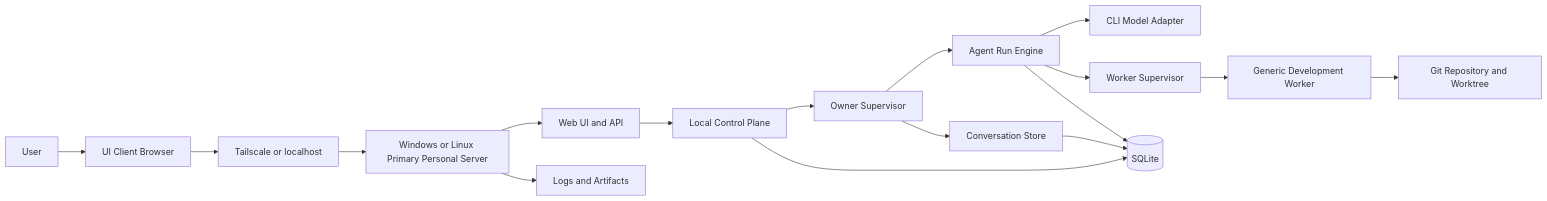
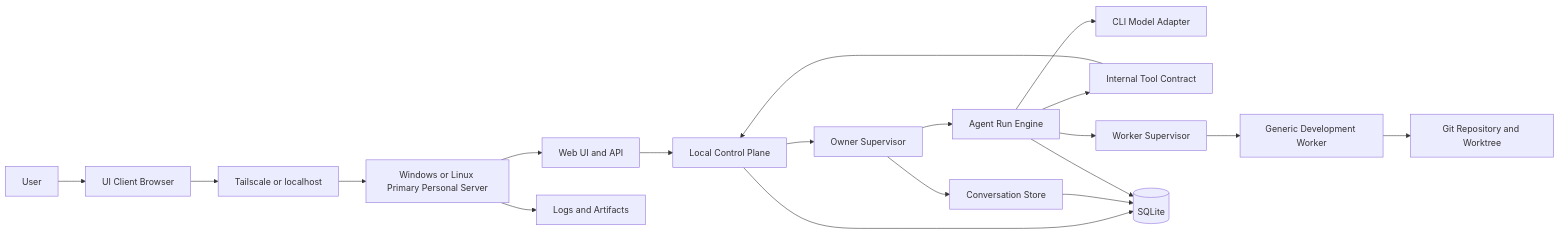
One commit to powerpunch080403/ai-development-platform-design changed the first of 2 diagrams in 02 Architecture/System Context.md. Above: the diagram before and after it, drawn with Mermaid. The commit also changed other lines of this file and 8 other files, not shown here.

Commit message:
docs: define owner tool contract and local control plane api

````diff
--- a/02 Architecture/System Context.md
+++ b/02 Architecture/System Context.md
@@ -12,19 +24,21 @@
 ```mermaid
 flowchart LR
     User[User] --> Browser["UI Client Browser"]
     Browser --> Tail["Tailscale or localhost"]
     Tail --> PPS["Windows or Linux Primary Personal Server"]
     PPS --> Web["Web UI and API"]
     Web --> LCP[Local Control Plane]
     LCP --> OwnerSupervisor[Owner Supervisor]
     OwnerSupervisor --> ConversationStore[Conversation Store]
     OwnerSupervisor --> RunEngine[Agent Run Engine]
     RunEngine --> CLI["CLI Model Adapter"]
+    RunEngine --> Tools["Internal Tool Contract"]
+    Tools --> LCP
     RunEngine --> Supervisor[Worker Supervisor]
     Supervisor --> Worker["Generic Development Worker"]
     LCP --> LocalSQLite[(SQLite)]
     ConversationStore --> LocalSQLite
     RunEngine --> LocalSQLite
     Worker --> Workspace["Git Repository and Worktree"]
     PPS --> Logs["Logs and Artifacts"]
 ```
````
